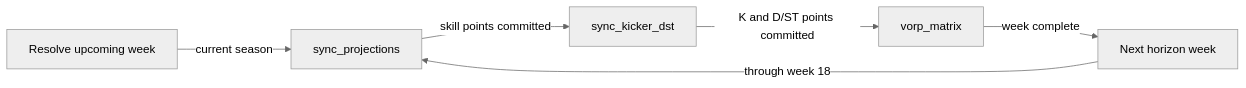
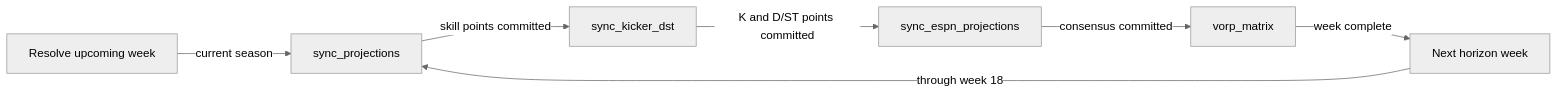
One commit to cvillarr23/fantasy-core-pipeline changed the second of 2 diagrams in docs/decision-pipelines/projections-and-vorp.md. Above: the diagram before and after it, drawn with Mermaid (neutral theme). The commit also changed other lines of this file and 23 other files, not shown here.

First line of the commit message:
Base projections and VORP on an ESPN+Sleeper consensus (#462)

````diff
--- a/docs/decision-pipelines/projections-and-vorp.md
+++ b/docs/decision-pipelines/projections-and-vorp.md
@@ -32,8 +33,9 @@
 ```mermaid
 flowchart LR
     R[Resolve upcoming week] -->|current season| S[sync_projections]
     S -->|skill points committed| K[sync_kicker_dst]
-    K -->|K and D/ST points committed| V[vorp_matrix]
+    K -->|K and D/ST points committed| X[sync_espn_projections]
+    X -->|consensus committed| V[vorp_matrix]
     V -->|week complete| N[Next horizon week]
     N -->|through week 18| S
 ```
````
